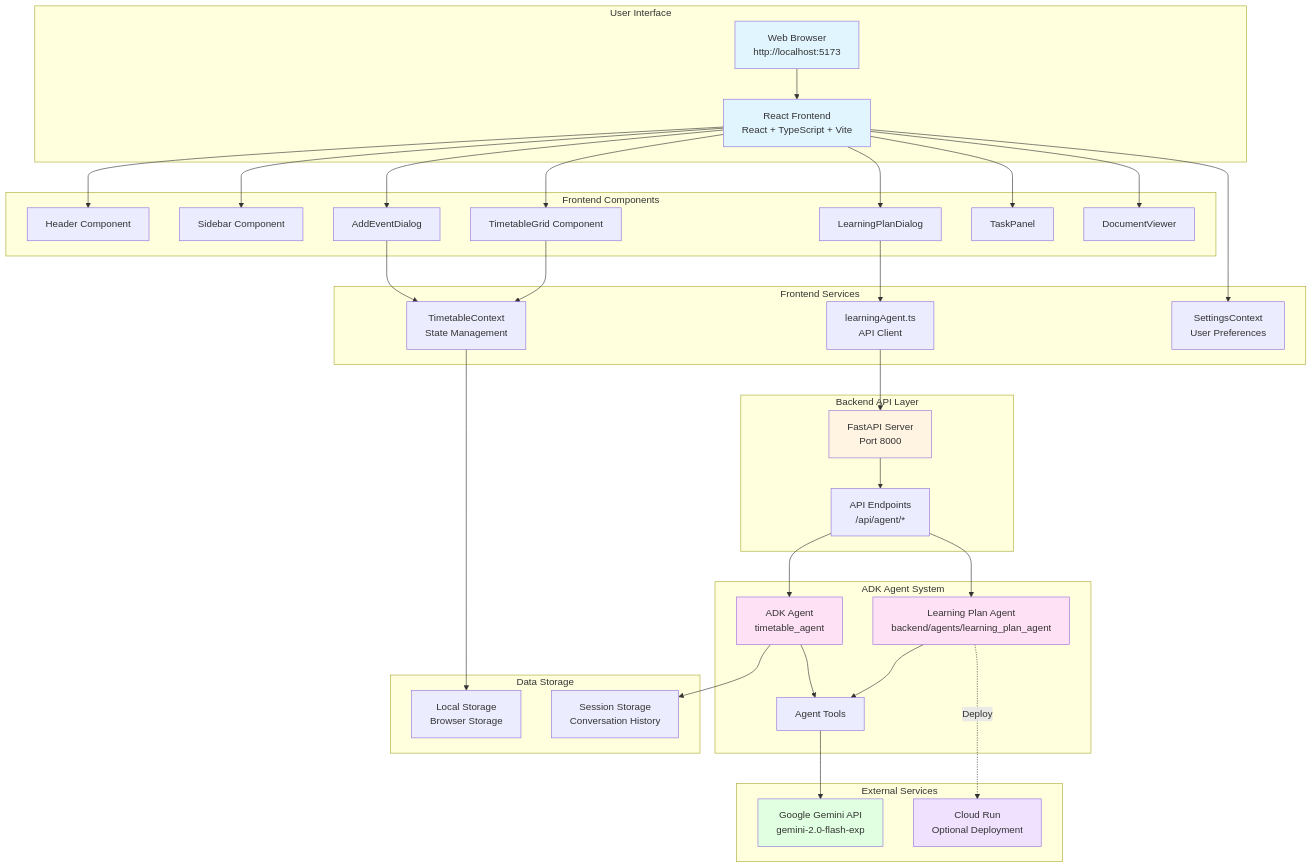
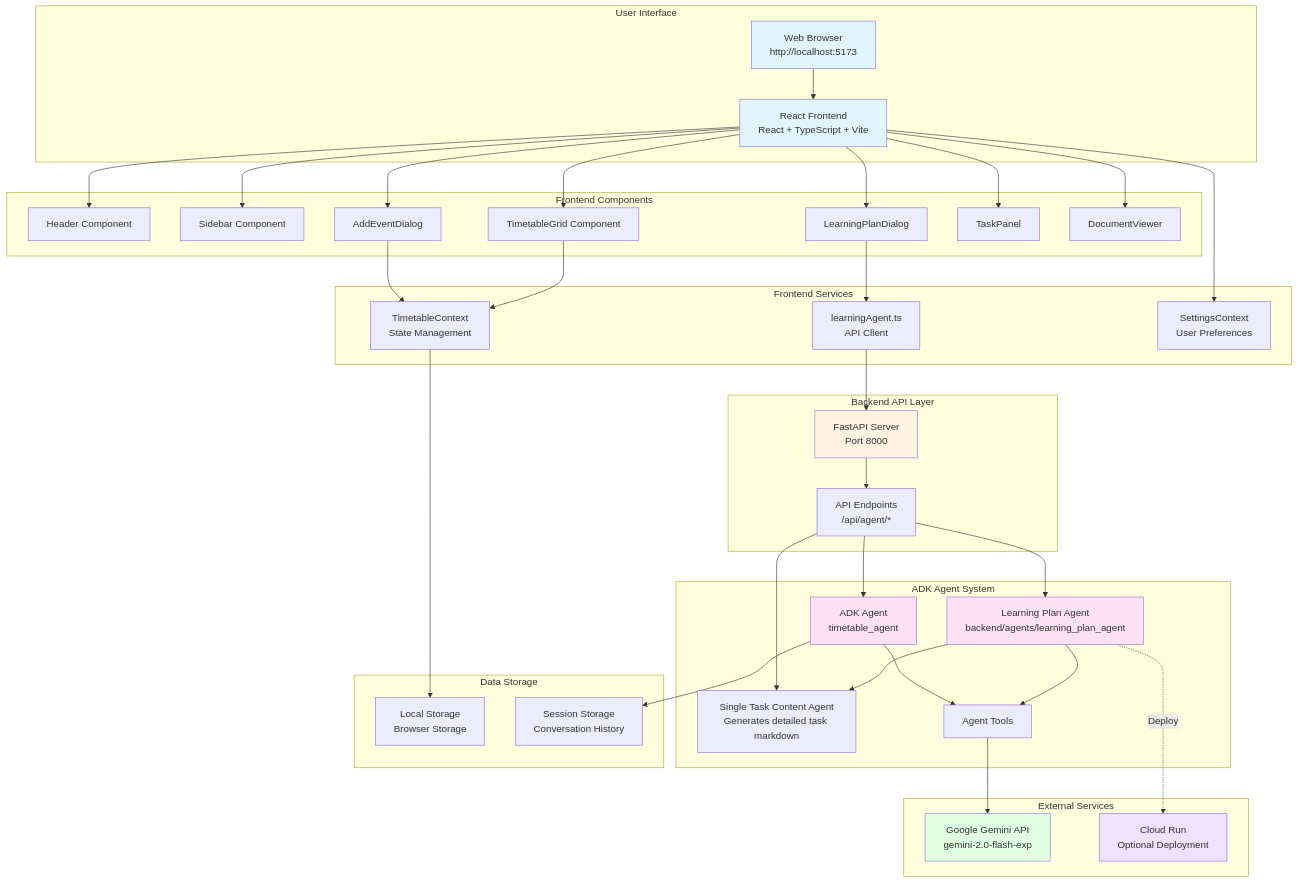
Before and after one commit to mdnadeemm/timetable-website: the first of 5 diagrams in backend/ADK_AGENT_README.md, drawn with Mermaid. The commit also changed other lines of this file and 19 other files, not shown here.

First line of the commit message:
Add task content generation feature and update documentation

```diff
--- a/backend/ADK_AGENT_README.md
+++ b/backend/ADK_AGENT_README.md
@@ -113,6 +114,7 @@
     subgraph "ADK Agent System"
         O[ADK Agent<br/>timetable_agent]
         P[Learning Plan Agent<br/>backend/agents/learning_plan_agent]
+        P1[Single Task Content Agent<br/>Generates detailed task markdown]
         Q[Agent Tools]
     end
     
@@ -144,9 +146,11 @@
     M --> N
     N --> O
     N --> P
+    N --> P1
     
     O --> Q
     P --> Q
+    P --> P1
     Q --> R
     
     P -.->|Deploy| S
```
